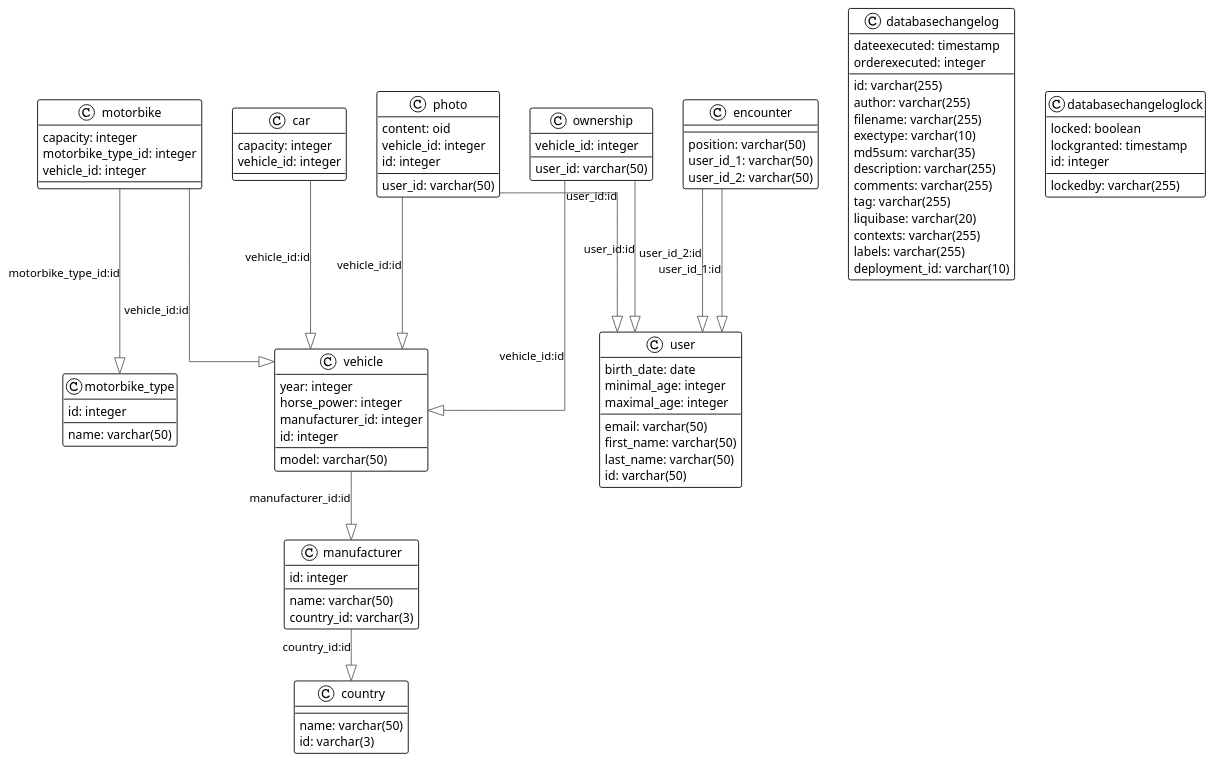
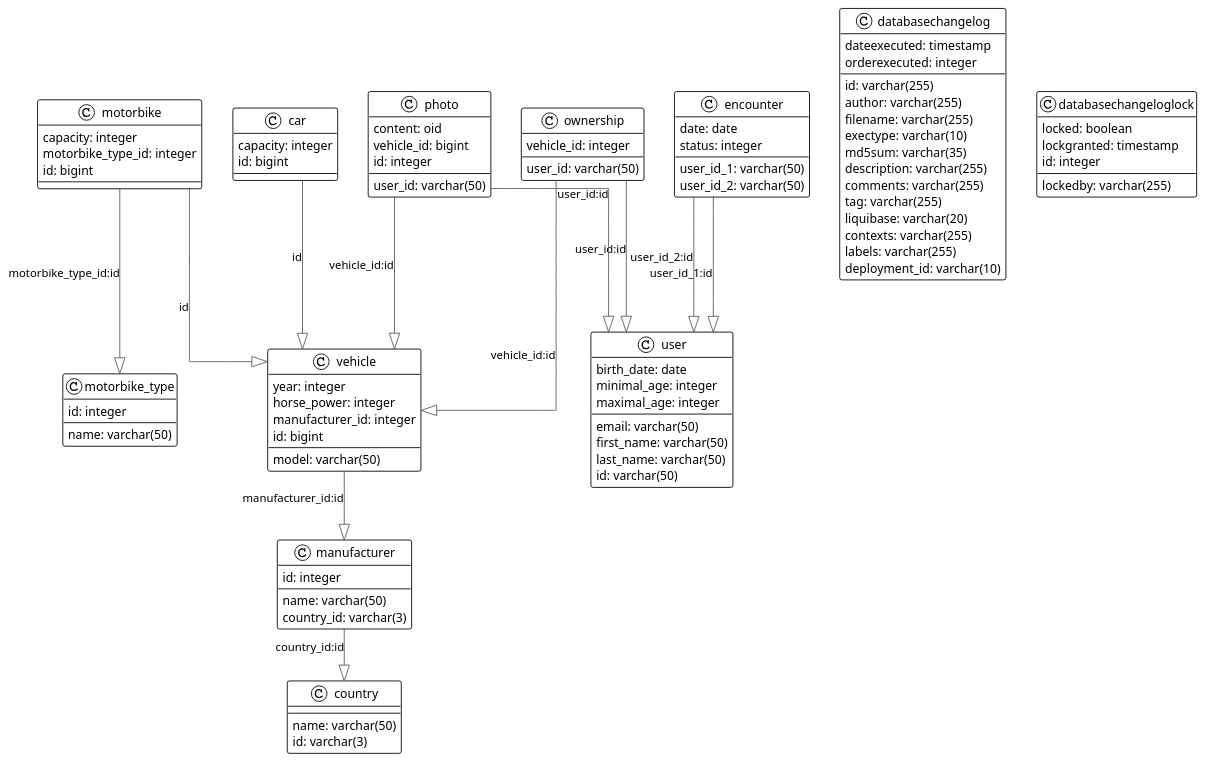
One commit to MotorMingle/API changed the diagram in docs/model.puml. Above: the diagram before and after it, drawn with PlantUML. The commit also changed 39 other files, not shown here.

```diff
--- a/docs/model.puml
+++ b/docs/model.puml
@@ -1,95 +1,95 @@
 @startuml
 
 !theme plain
 top to bottom direction
 skinparam linetype ortho
 
 class car {
    capacity: integer
-   vehicle_id: integer
+   id: bigint
 }
 class country {
    name: varchar(50)
    id: varchar(3)
 }
 class databasechangelog {
    id: varchar(255)
    author: varchar(255)
    filename: varchar(255)
    dateexecuted: timestamp
    orderexecuted: integer
    exectype: varchar(10)
    md5sum: varchar(35)
    description: varchar(255)
    comments: varchar(255)
    tag: varchar(255)
    liquibase: varchar(20)
    contexts: varchar(255)
    labels: varchar(255)
    deployment_id: varchar(10)
 }
 class databasechangeloglock {
    locked: boolean
    lockgranted: timestamp
    lockedby: varchar(255)
    id: integer
 }
 class encounter {
-   position: varchar(50)
+   date: date
+   status: integer
    user_id_1: varchar(50)
    user_id_2: varchar(50)
 }
 class manufacturer {
    name: varchar(50)
    country_id: varchar(3)
    id: integer
 }
 class motorbike {
    capacity: integer
    motorbike_type_id: integer
-   vehicle_id: integer
+   id: bigint
 }
 class motorbike_type {
    name: varchar(50)
    id: integer
 }
 class ownership {
    user_id: varchar(50)
    vehicle_id: integer
 }
 class photo {
    content: oid
    user_id: varchar(50)
-   vehicle_id: integer
+   vehicle_id: bigint
    id: integer
 }
 class user {
    email: varchar(50)
    first_name: varchar(50)
    last_name: varchar(50)
    birth_date: date
    minimal_age: integer
    maximal_age: integer
    id: varchar(50)
 }
 class vehicle {
    model: varchar(50)
    year: integer
    horse_power: integer
    manufacturer_id: integer
-   id: integer
+   id: bigint
 }
 
-car                    -[#595959,plain]-^  vehicle               : "vehicle_id:id"
+car                    -[#595959,plain]-^  vehicle               : "id"
 encounter              -[#595959,plain]-^  user                  : "user_id_2:id"
 encounter              -[#595959,plain]-^  user                  : "user_id_1:id"
 manufacturer           -[#595959,plain]-^  country               : "country_id:id"
 motorbike              -[#595959,plain]-^  motorbike_type        : "motorbike_type_id:id"
-motorbike              -[#595959,plain]-^  vehicle               : "vehicle_id:id"
+motorbike              -[#595959,plain]-^  vehicle               : "id"
 ownership              -[#595959,plain]-^  user                  : "user_id:id"
 ownership              -[#595959,plain]-^  vehicle               : "vehicle_id:id"
 photo                  -[#595959,plain]-^  user                  : "user_id:id"
 photo                  -[#595959,plain]-^  vehicle               : "vehicle_id:id"
 vehicle                -[#595959,plain]-^  manufacturer          : "manufacturer_id:id"
-
 @enduml
```
